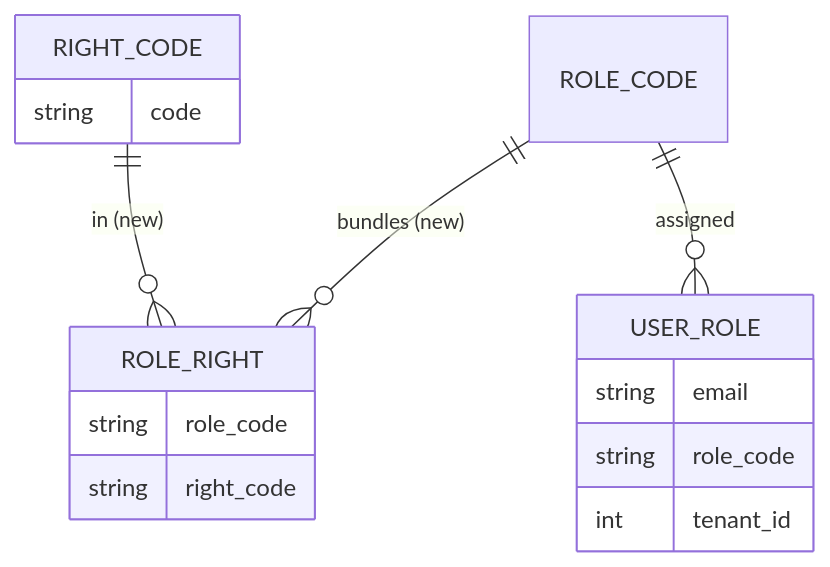
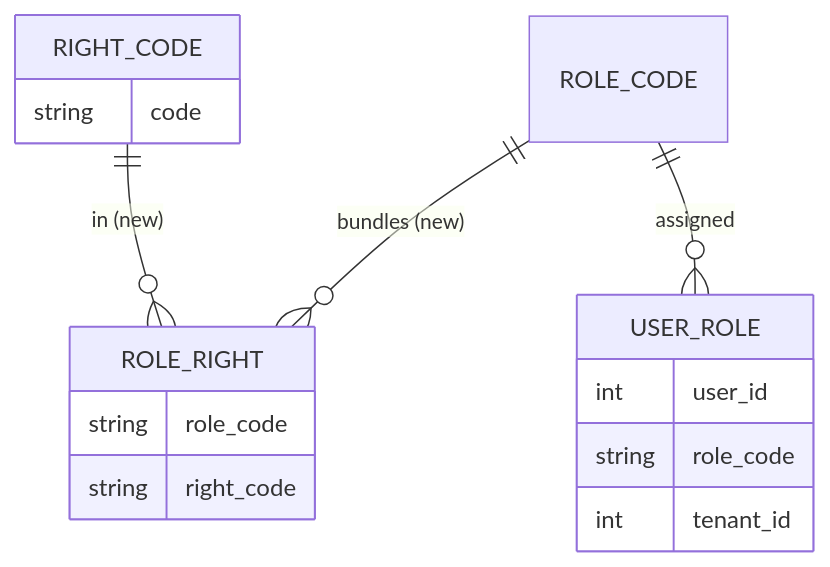
Before and after one commit to KoenRenders/KoenTest: the fifth of 5 diagrams in docs/change_request_24_back_office_rights.md, drawn with Mermaid. The commit also changed other lines of this file, not shown here.

First line of the commit message:
CR-24: architecture review (#1722) taken in — CSRF in the snapshot, flags from roles, after v2.16, failure path, fail-closed wording, ERD, A6 shortened; Q15-Q16 open

````diff
--- a/docs/change_request_24_back_office_rights.md
+++ b/docs/change_request_24_back_office_rights.md
@@ -389,9 +389,9 @@
 ```mermaid
 erDiagram
   ROLE_CODE ||--o{ ROLE_RIGHT : "bundles (new)"
   RIGHT_CODE ||--o{ ROLE_RIGHT : "in (new)"
   ROLE_CODE ||--o{ USER_ROLE : "assigned"
   RIGHT_CODE { string code }
   ROLE_RIGHT { string role_code string right_code }
-  USER_ROLE { string email string role_code int tenant_id }
+  USER_ROLE { int user_id string role_code int tenant_id }
 ```
````
